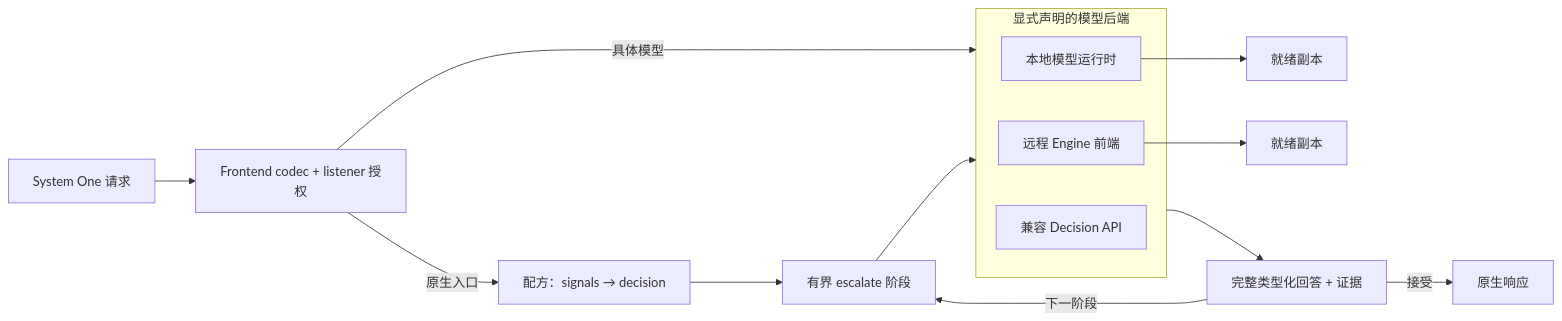
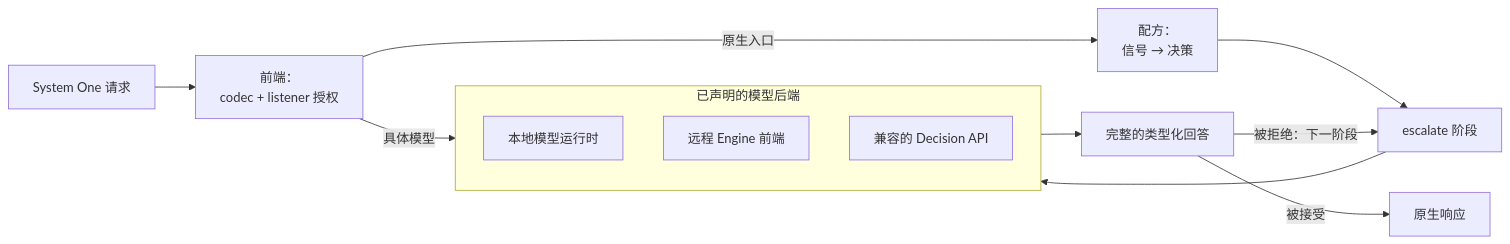
Before and after one commit to vllm-project/semantic-router: the diagram in website/i18n/zh-Hans/docusaurus-plugin-content-docs/current/overview/component-architecture.md, drawn with Mermaid. The commit also changed other lines of this file and 11 other files, not shown here.

````diff
--- a/website/i18n/zh-Hans/docusaurus-plugin-content-docs/current/overview/component-architecture.md
+++ b/website/i18n/zh-Hans/docusaurus-plugin-content-docs/current/overview/component-architecture.md
@@ -92,18 +148,16 @@
 ```mermaid
 flowchart LR
-    Request["System One 请求"] --> Frontend["Frontend codec + listener 授权"]
+    Request["System One 请求"] --> Frontend["前端：<br/>codec + listener 授权"]
     Frontend -->|"具体模型"| Backends
-    Frontend -->|"原生入口"| Recipe["配方：signals → decision"]
-    Recipe --> Algorithm["有界 escalate 阶段"]
+    Frontend -->|"原生入口"| Recipe["配方：<br/>信号 → 决策"]
+    Recipe --> Algorithm["escalate 阶段"]
     Algorithm --> Backends
-    subgraph Backends["显式声明的模型后端"]
+    subgraph Backends["已声明的模型后端"]
         Local["本地模型运行时"]
         Engine["远程 Engine 前端"]
-        External["兼容 Decision API"]
+        External["兼容的 Decision API"]
     end
-    Local --> Replicas["就绪副本"]
-    Engine --> RemoteReplicas["就绪副本"]
-    Backends --> Evidence["完整类型化回答 + 证据"]
-    Evidence -->|"下一阶段"| Algorithm
-    Evidence -->|"接受"| Result["原生响应"]
+    Backends --> Evidence["完整的类型化回答"]
+    Evidence -->|"被拒绝：下一阶段"| Algorithm
+    Evidence -->|"被接受"| Result["原生响应"]
 ```
````
